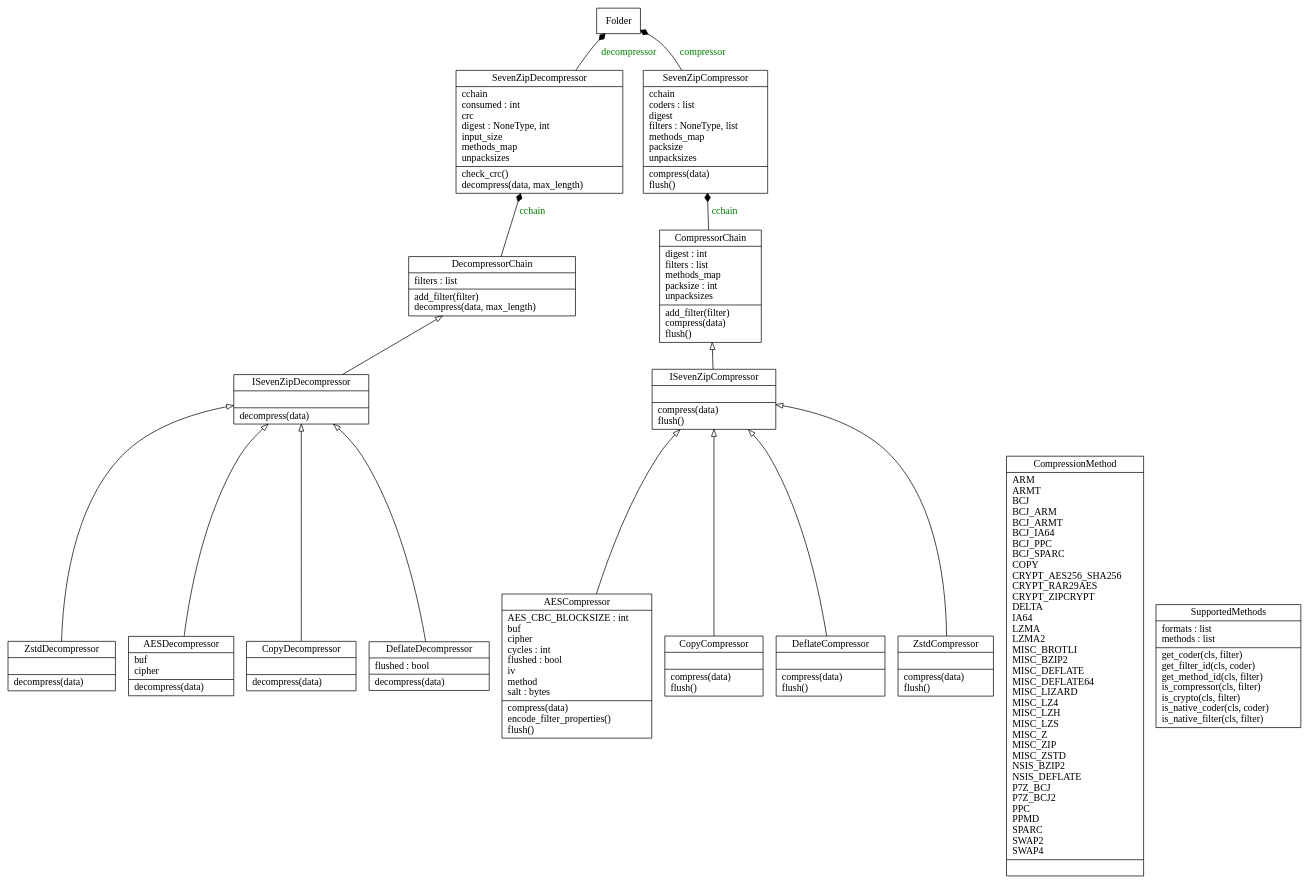
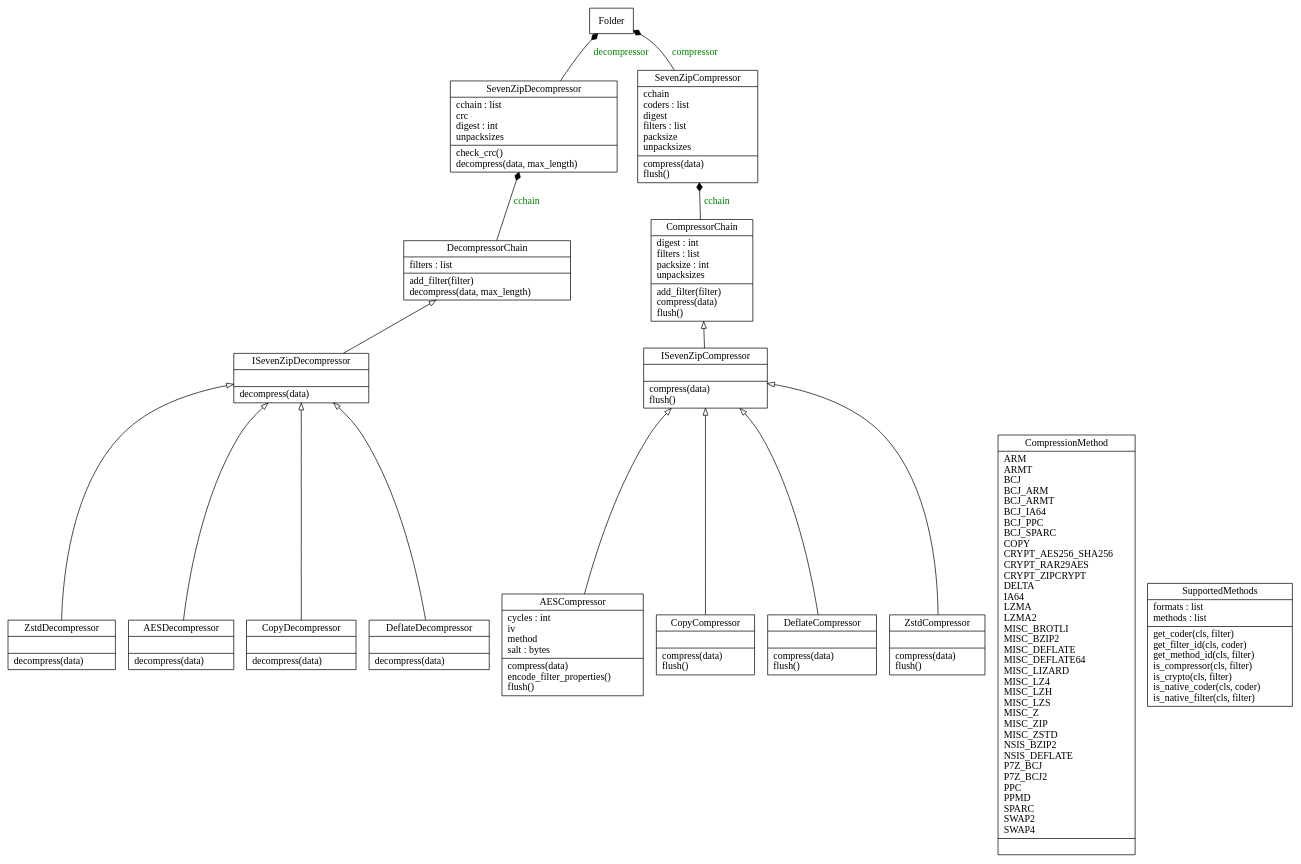
One commit to miurahr/py7zr changed the diagram in docs/diagrams/compressor_classes.dot. Above: the diagram before and after it, drawn with Graphviz. The commit also changed 10 other files, not shown here.

```diff
--- a/docs/diagrams/compressor_classes.dot
+++ b/docs/diagrams/compressor_classes.dot
@@ -1,35 +1,35 @@
 digraph "compressor_classes" {
 charset="utf-8"
 rankdir=BT
-"0" [label="{AESCompressor|AES_CBC_BLOCKSIZE : int\lbuf\lcipher\lcycles : int\lflushed : bool\liv\lmethod\lsalt : bytes\l|compress(data)\lencode_filter_properties()\lflush()\l}", shape="record"];
-"1" [label="{AESDecompressor|buf\lcipher\l|decompress(data)\l}", shape="record"];
+"0" [label="{AESCompressor|cycles : int\liv\lmethod\lsalt : bytes\l|compress(data)\lencode_filter_properties()\lflush()\l}", shape="record"];
+"1" [label="{AESDecompressor|\l|decompress(data)\l}", shape="record"];
 "19" [label="{CompressionMethod|ARM\lARMT\lBCJ\lBCJ_ARM\lBCJ_ARMT\lBCJ_IA64\lBCJ_PPC\lBCJ_SPARC\lCOPY\lCRYPT_AES256_SHA256\lCRYPT_RAR29AES\lCRYPT_ZIPCRYPT\lDELTA\lIA64\lLZMA\lLZMA2\lMISC_BROTLI\lMISC_BZIP2\lMISC_DEFLATE\lMISC_DEFLATE64\lMISC_LIZARD\lMISC_LZ4\lMISC_LZH\lMISC_LZS\lMISC_Z\lMISC_ZIP\lMISC_ZSTD\lNSIS_BZIP2\lNSIS_DEFLATE\lP7Z_BCJ\lP7Z_BCJ2\lPPC\lPPMD\lSPARC\lSWAP2\lSWAP4\l|}", shape="record"];
-"20" [label="{CompressorChain|digest : int\lfilters : list\lmethods_map\lpacksize : int\lunpacksizes\l|add_filter(filter)\lcompress(data)\lflush()\l}", shape="record"];
+"20" [label="{CompressorChain|digest : int\lfilters : list\lpacksize : int\lunpacksizes\l|add_filter(filter)\lcompress(data)\lflush()\l}", shape="record"];
 "22" [label="{CopyCompressor|\l|compress(data)\lflush()\l}", shape="record"];
 "23" [label="{CopyDecompressor|\l|decompress(data)\l}", shape="record"];
 "26" [label="{DecompressorChain|filters : list\l|add_filter(filter)\ldecompress(data, max_length)\l}", shape="record"];
 "27" [label="{DeflateCompressor|\l|compress(data)\lflush()\l}", shape="record"];
-"28" [label="{DeflateDecompressor|flushed : bool\l|decompress(data)\l}", shape="record"];
+"28" [label="{DeflateDecompressor|\l|decompress(data)\l}", shape="record"];
 "33" [label="{Folder}", shape="record"];
 "37" [label="{ISevenZipCompressor|\l|compress(data)\lflush()\l}", shape="record"];
 "38" [label="{ISevenZipDecompressor|\l|decompress(data)\l}", shape="record"];
-"53" [label="{SevenZipCompressor|cchain\lcoders : list\ldigest\lfilters : NoneType, list\lmethods_map\lpacksize\lunpacksizes\l|compress(data)\lflush()\l}", shape="record"];
-"54" [label="{SevenZipDecompressor|cchain\lconsumed : int\lcrc\ldigest : NoneType, int\linput_size\lmethods_map\lunpacksizes\l|check_crc()\ldecompress(data, max_length)\l}", shape="record"];
+"53" [label="{SevenZipCompressor|cchain\lcoders : list\ldigest\lfilters : list\lpacksize\lunpacksizes\l|compress(data)\lflush()\l}", shape="record"];
+"54" [label="{SevenZipDecompressor|cchain : list\lcrc\ldigest : int\lunpacksizes\l|check_crc()\ldecompress(data, max_length)\l}", shape="record"];
 "59" [label="{SupportedMethods|formats : list\lmethods : list\l|get_coder(cls, filter)\lget_filter_id(cls, coder)\lget_method_id(cls, filter)\lis_compressor(cls, filter)\lis_crypto(cls, filter)\lis_native_coder(cls, coder)\lis_native_filter(cls, filter)\l}", shape="record"];
 "67" [label="{ZstdCompressor|\l|compress(data)\lflush()\l}", shape="record"];
 "69" [label="{ZstdDecompressor|\l|decompress(data)\l}", shape="record"];
 "0" -> "37" [arrowhead="empty", arrowtail="none"];
 "1" -> "38" [arrowhead="empty", arrowtail="none"];
 "22" -> "37" [arrowhead="empty", arrowtail="none"];
 "23" -> "38" [arrowhead="empty", arrowtail="none"];
 "27" -> "37" [arrowhead="empty", arrowtail="none"];
 "28" -> "38" [arrowhead="empty", arrowtail="none"];
 "37" -> "20" [arrowhead="empty", arrowtail="none"];
 "38" -> "26" [arrowhead="empty", arrowtail="none"];
 "67" -> "37" [arrowhead="empty", arrowtail="none"];
 "69" -> "38" [arrowhead="empty", arrowtail="none"];
 "20" -> "53" [arrowhead="diamond", arrowtail="none", fontcolor="green", label="cchain", style="solid"];
 "26" -> "54" [arrowhead="diamond", arrowtail="none", fontcolor="green", label="cchain", style="solid"];
 "53" -> "33" [arrowhead="diamond", arrowtail="none", fontcolor="green", label="compressor", style="solid"];
 "54" -> "33" [arrowhead="diamond", arrowtail="none", fontcolor="green", label="decompressor", style="solid"];
 }
```
